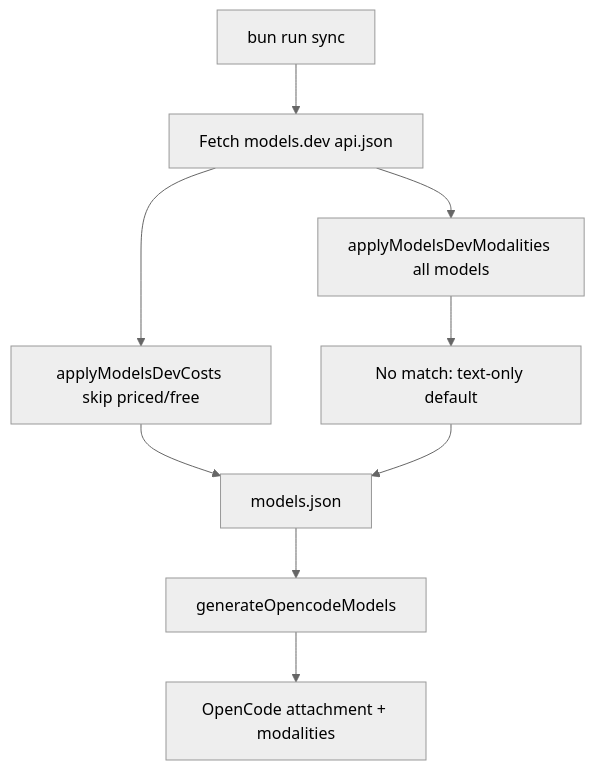
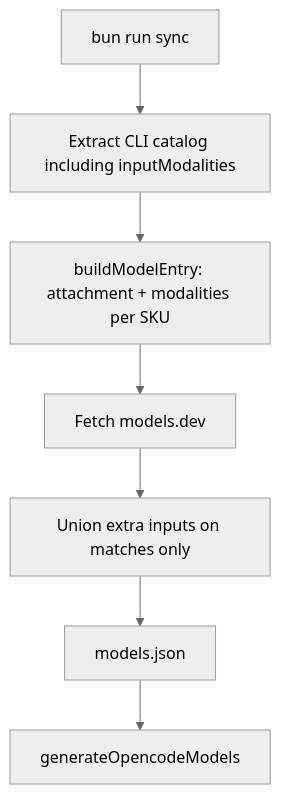
Before and after one commit to BrainerVirus/opencode-commandcode: the diagram in docs/2026-08-28-catalog-modalities/spec.md, drawn with Mermaid (neutral theme). The commit also changed other lines of this file and 8 other files, not shown here.

Commit message:
feat: take vision flags from Command Code CLI inputModalities

````diff
--- a/docs/2026-08-28-catalog-modalities/spec.md
+++ b/docs/2026-08-28-catalog-modalities/spec.md
@@ -36,11 +37,9 @@
 ```mermaid
 flowchart TD
-  sync["bun run sync"] --> fetch[Fetch models.dev api.json]
-  fetch --> costs[applyModelsDevCosts skip priced/free]
-  fetch --> mods[applyModelsDevModalities all models]
-  mods --> unmatched[No match: text-only default]
-  costs --> json[models.json]
-  unmatched --> json
+  sync["bun run sync"] --> cli[Extract CLI catalog including inputModalities]
+  cli --> map["buildModelEntry: attachment + modalities per SKU"]
+  map --> fetch[Fetch models.dev]
+  fetch --> enrich[Union extra inputs on matches only]
+  enrich --> json[models.json]
   json --> emit[generateOpencodeModels]
-  emit --> oc["OpenCode attachment + modalities"]
 ```
````
